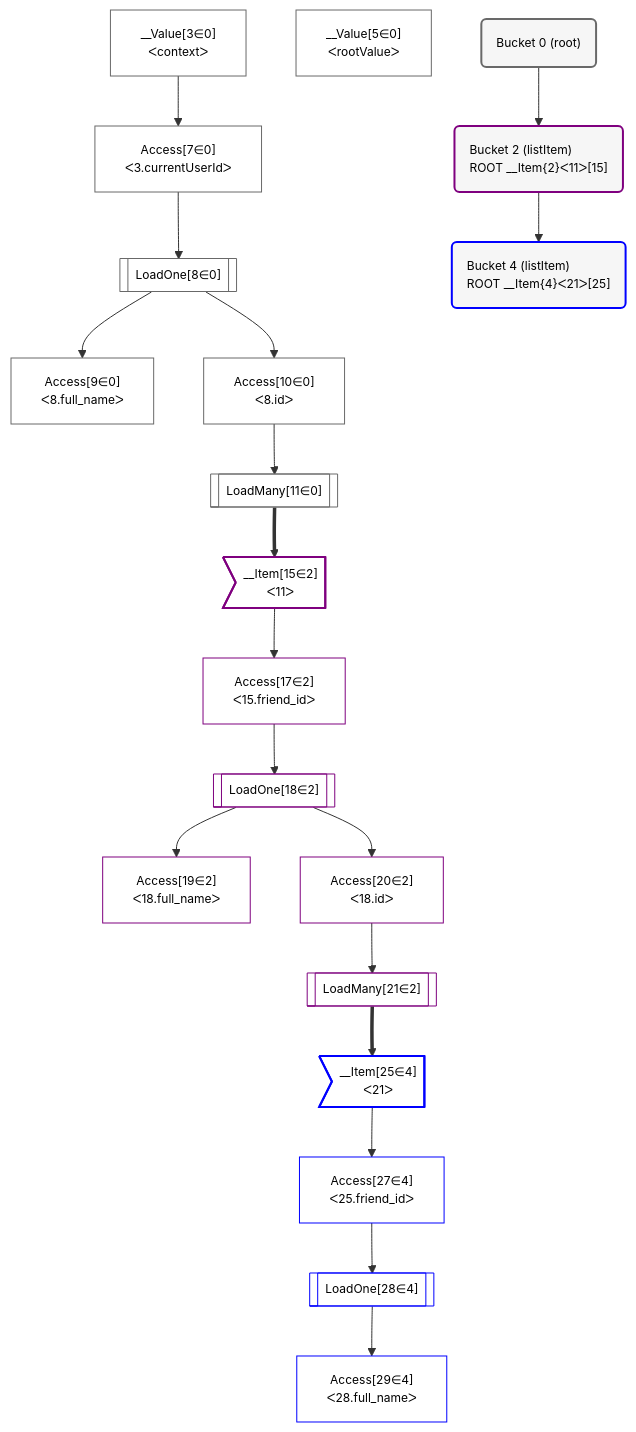
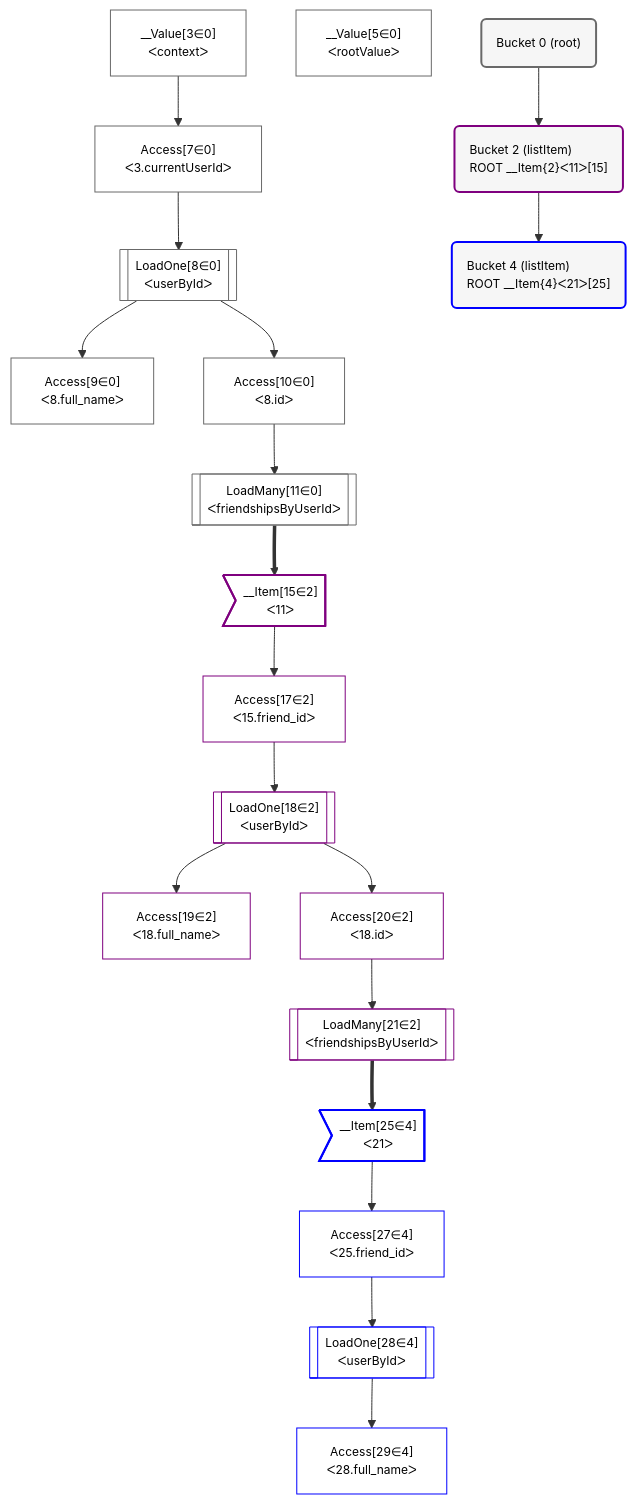
Before and after one commit to graphile/crystal: the diagram in grafast/website/examples/users-and-friends/plan.mermaid, drawn with Mermaid. The commit also changed 1 other file, not shown here.

Commit message:
Give the load step callbacks aliases

```diff
--- a/grafast/website/examples/users-and-friends/plan.mermaid
+++ b/grafast/website/examples/users-and-friends/plan.mermaid
@@ -1,56 +1,56 @@
 %%{init: {'themeVariables': { 'fontSize': '12px'}}}%%
 flowchart TD
     classDef path fill:#eee,stroke:#000,color:#000
     classDef plan fill:#fff,stroke-width:1px,color:#000
     classDef itemplan fill:#fff,stroke-width:2px,color:#000
     classDef sideeffectplan fill:#f00,stroke-width:2px,color:#000
     classDef bucket fill:#f6f6f6,color:#000,stroke-width:2px,text-align:left
 
 
     %% define steps
     __Value3["__Value[3∈0]<br />ᐸcontextᐳ"]:::plan
     __Value5["__Value[5∈0]<br />ᐸrootValueᐳ"]:::plan
     Access7["Access[7∈0]<br />ᐸ3.currentUserIdᐳ"]:::plan
-    LoadOne8[["LoadOne[8∈0]"]]:::plan
+    LoadOne8[["LoadOne[8∈0]<br />ᐸuserByIdᐳ"]]:::plan
     Access9["Access[9∈0]<br />ᐸ8.full_nameᐳ"]:::plan
     Access10["Access[10∈0]<br />ᐸ8.idᐳ"]:::plan
-    LoadMany11[["LoadMany[11∈0]"]]:::plan
+    LoadMany11[["LoadMany[11∈0]<br />ᐸfriendshipsByUserIdᐳ"]]:::plan
     __Item15>"__Item[15∈2]<br />ᐸ11ᐳ"]:::itemplan
     Access17["Access[17∈2]<br />ᐸ15.friend_idᐳ"]:::plan
-    LoadOne18[["LoadOne[18∈2]"]]:::plan
+    LoadOne18[["LoadOne[18∈2]<br />ᐸuserByIdᐳ"]]:::plan
     Access19["Access[19∈2]<br />ᐸ18.full_nameᐳ"]:::plan
     Access20["Access[20∈2]<br />ᐸ18.idᐳ"]:::plan
-    LoadMany21[["LoadMany[21∈2]"]]:::plan
+    LoadMany21[["LoadMany[21∈2]<br />ᐸfriendshipsByUserIdᐳ"]]:::plan
     __Item25>"__Item[25∈4]<br />ᐸ21ᐳ"]:::itemplan
     Access27["Access[27∈4]<br />ᐸ25.friend_idᐳ"]:::plan
-    LoadOne28[["LoadOne[28∈4]"]]:::plan
+    LoadOne28[["LoadOne[28∈4]<br />ᐸuserByIdᐳ"]]:::plan
     Access29["Access[29∈4]<br />ᐸ28.full_nameᐳ"]:::plan
 
     %% plan dependencies
     __Value3 --> Access7
     Access7 --> LoadOne8
     LoadOne8 --> Access9
     LoadOne8 --> Access10
     Access10 --> LoadMany11
     LoadMany11 ==> __Item15
     __Item15 --> Access17
     Access17 --> LoadOne18
     LoadOne18 --> Access19
     LoadOne18 --> Access20
     Access20 --> LoadMany21
     LoadMany21 ==> __Item25
     __Item25 --> Access27
     Access27 --> LoadOne28
     LoadOne28 --> Access29
 
     Bucket0("Bucket 0 (root)"):::bucket
     classDef bucket0 stroke:#696969
     class Bucket0,__Value3,__Value5,Access7,LoadOne8,Access9,Access10,LoadMany11 bucket0
     Bucket2("Bucket 2 (listItem)<br />ROOT __Item{2}ᐸ11ᐳ[15]"):::bucket
     classDef bucket2 stroke:#7f007f
     class Bucket2,__Item15,Access17,LoadOne18,Access19,Access20,LoadMany21 bucket2
     Bucket4("Bucket 4 (listItem)<br />ROOT __Item{4}ᐸ21ᐳ[25]"):::bucket
     classDef bucket4 stroke:#0000ff
     class Bucket4,__Item25,Access27,LoadOne28,Access29 bucket4
     Bucket0 --> Bucket2
     Bucket2 --> Bucket4
```
